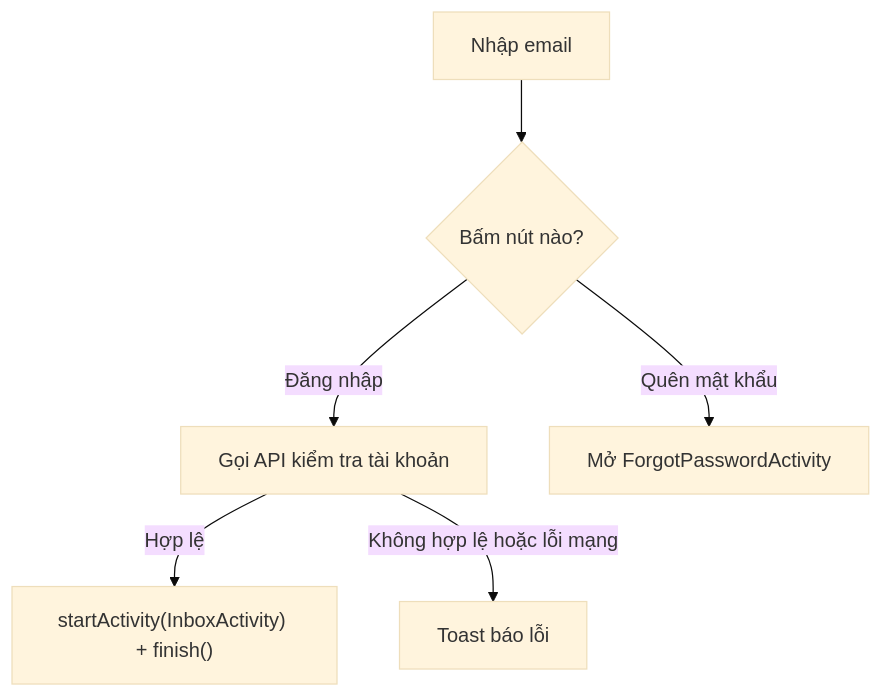
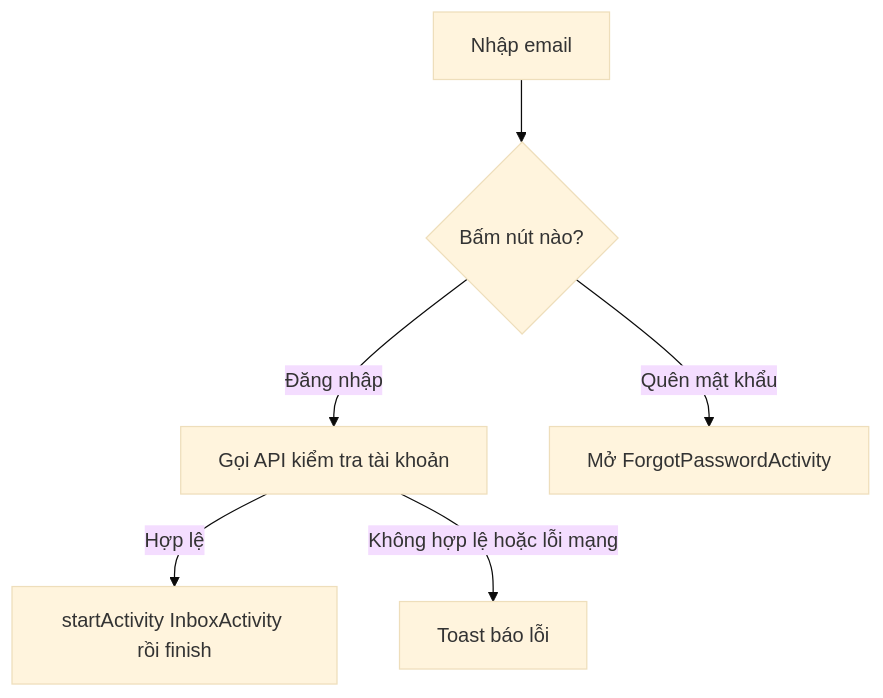
Before and after one commit to Dak1096/MobileDev_2026: the second of 7 diagrams in README.md, drawn with Mermaid (base theme). The commit also changed other lines of this file, not shown here.

Commit message:
Update flowcharts in README for clarity

````diff
--- a/README.md
+++ b/README.md
@@ -106,8 +111,8 @@
 ```mermaid
 flowchart TD
-    A[Nhập email] --> B{Bấm nút nào?}
-    B -->|Đăng nhập| C[Gọi API kiểm tra tài khoản]
-    C -->|Hợp lệ| D["startActivity(InboxActivity) + finish()"]
-    C -->|Không hợp lệ hoặc lỗi mạng| E[Toast báo lỗi]
-    B -->|Quên mật khẩu| F[Mở ForgotPasswordActivity]
+    A["Nhập email"] --> B{"Bấm nút nào?"}
+    B -->|"Đăng nhập"| C["Gọi API kiểm tra tài khoản"]
+    C -->|"Hợp lệ"| D["startActivity InboxActivity rồi finish"]
+    C -->|"Không hợp lệ hoặc lỗi mạng"| E["Toast báo lỗi"]
+    B -->|"Quên mật khẩu"| F["Mở ForgotPasswordActivity"]
 ```
````
